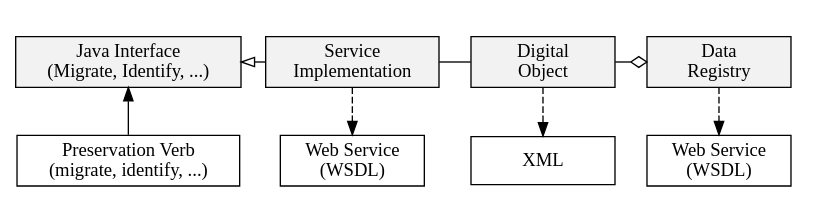
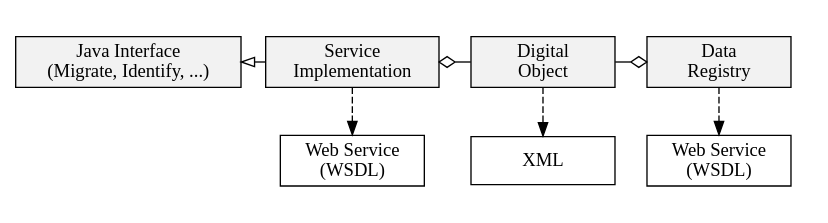
The diagram in IF/common/doc/api-overview/figures/IfApiDigitalObjects.dot (opf-labs/planets-suite), drawn with Graphviz before and after one commit. The commit also changed 7 other files, not shown here.

```diff
--- a/IF/common/doc/api-overview/figures/IfApiDigitalObjects.dot
+++ b/IF/common/doc/api-overview/figures/IfApiDigitalObjects.dot
@@ -1,37 +1,37 @@
 /* Planets Digital Object Java (top) and Interoperability (bottom) API */
 digraph if_digital_objects {
 
     node[shape=box width=1.5 style=filled fillcolor="gray95"]
-    verbs[label="Preservation Verb\n(migrate, identify, ...)" fillcolor=white]
+    //verbs[label="Preservation Verb\n(migrate, identify, ...)" fillcolor=white]
     interfaces[label="Java Interface\n(Migrate, Identify, ...)"]
     services[label="Service\nImplementation"]
     sd[label="Digital\nObject"]
     sreg[label="Data\nRegistry"]
     xml[label="XML" fillcolor=white]
     swsdl[label="Web Service\n(WSDL)" fillcolor=white]
     rwsdl[label="Web Service\n(WSDL)" fillcolor=white]
     
-    interfaces -> verbs[dir=back]
+   // interfaces -> verbs[dir=back]
     interfaces -> services [dir=back arrowhead=none arrowtail=empty constraint=false]
-    services -> sd [arrowhead=none arrowtail=odiamond constraint=false]
+    sd -> services [arrowhead=odiamond constraint=false]
     sd -> sreg [arrowhead=odiamond constraint=false]
     
     subgraph cluster_1{
         style=invis
         label=""
         services->swsdl[style=dashed]
     }
     
     subgraph cluster_2{
         style=invis
         label=""
         sd->xml[style=dashed]
     }
     
     subgraph cluster_3{
         style=invis 
         label=""
         sreg->rwsdl[style=dashed]
     }
     
 }
```
